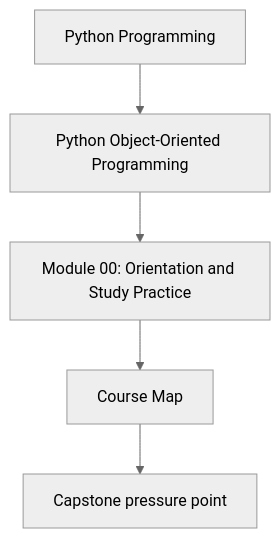
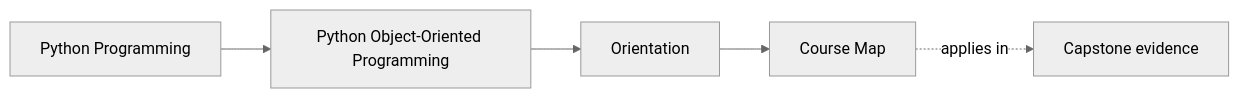
One commit to bijux/bijux-masterclass changed the first of 2 diagrams in programs/python-programming/python-object-oriented-programming/course-book/module-00-orientation/course-map.md. Above: the diagram before and after it, drawn with Mermaid (neutral theme). The commit also changed other lines of this file and 65 other files, not shown here.

Commit message:
docs(python-object-oriented-programming): map object model and design foundations

````diff
--- a/programs/python-programming/python-object-oriented-programming/course-book/module-00-orientation/course-map.md
+++ b/programs/python-programming/python-object-oriented-programming/course-book/module-00-orientation/course-map.md
@@ -6,7 +6,11 @@
 ```mermaid
-flowchart TD
-  family["Python Programming"] --> program["Python Object-Oriented Programming"]
-  program --> module["Module 00: Orientation and Study Practice"]
-  module --> concept["Course Map"]
-  concept --> capstone["Capstone pressure point"]
+graph LR
+  family["Python Programming"]
+  program["Python Object-Oriented Programming"]
+  section["Orientation"]
+  page["Course Map"]
+  capstone["Capstone evidence"]
+
+  family --> program --> section --> page
+  page -.applies in.-> capstone
 ```
````
